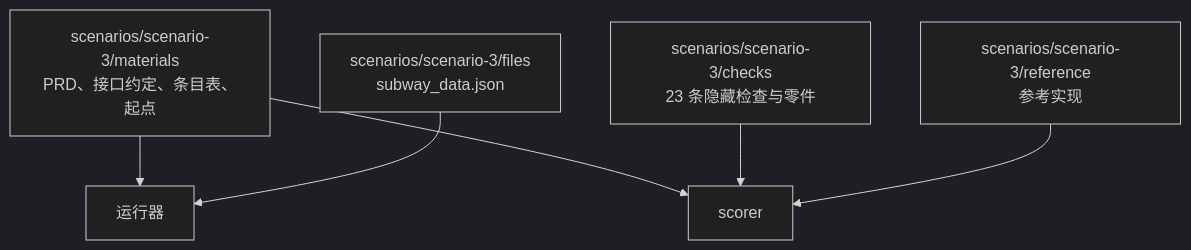
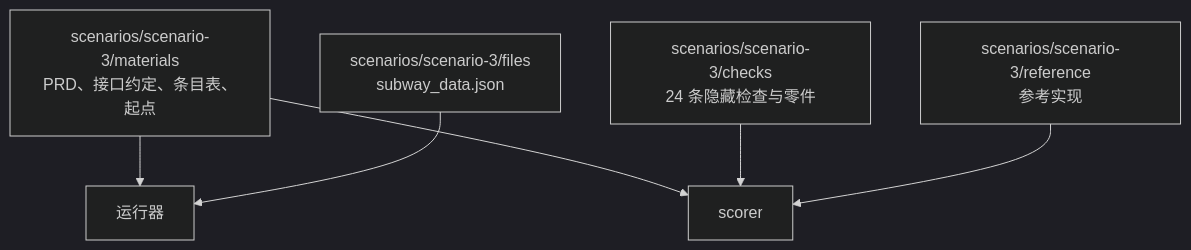
The diagram in evals/README.md (bender2333/yudao), drawn with Mermaid (dark theme) before and after one commit. The commit also changed other lines of this file and 9 other files, not shown here.

````diff
--- a/evals/README.md
+++ b/evals/README.md
@@ -7,8 +7,8 @@
 ```mermaid
 flowchart TD
     M[scenarios/scenario-3/materials<br/>PRD、接口约定、条目表、起点] --> R[运行器]
     M --> S[scorer]
-    C[scenarios/scenario-3/checks<br/>23 条隐藏检查与零件] --> S
+    C[scenarios/scenario-3/checks<br/>24 条隐藏检查与零件] --> S
     F[scenarios/scenario-3/files<br/>subway_data.json] --> R
     REF[scenarios/scenario-3/reference<br/>参考实现] --> S
 ```
````
